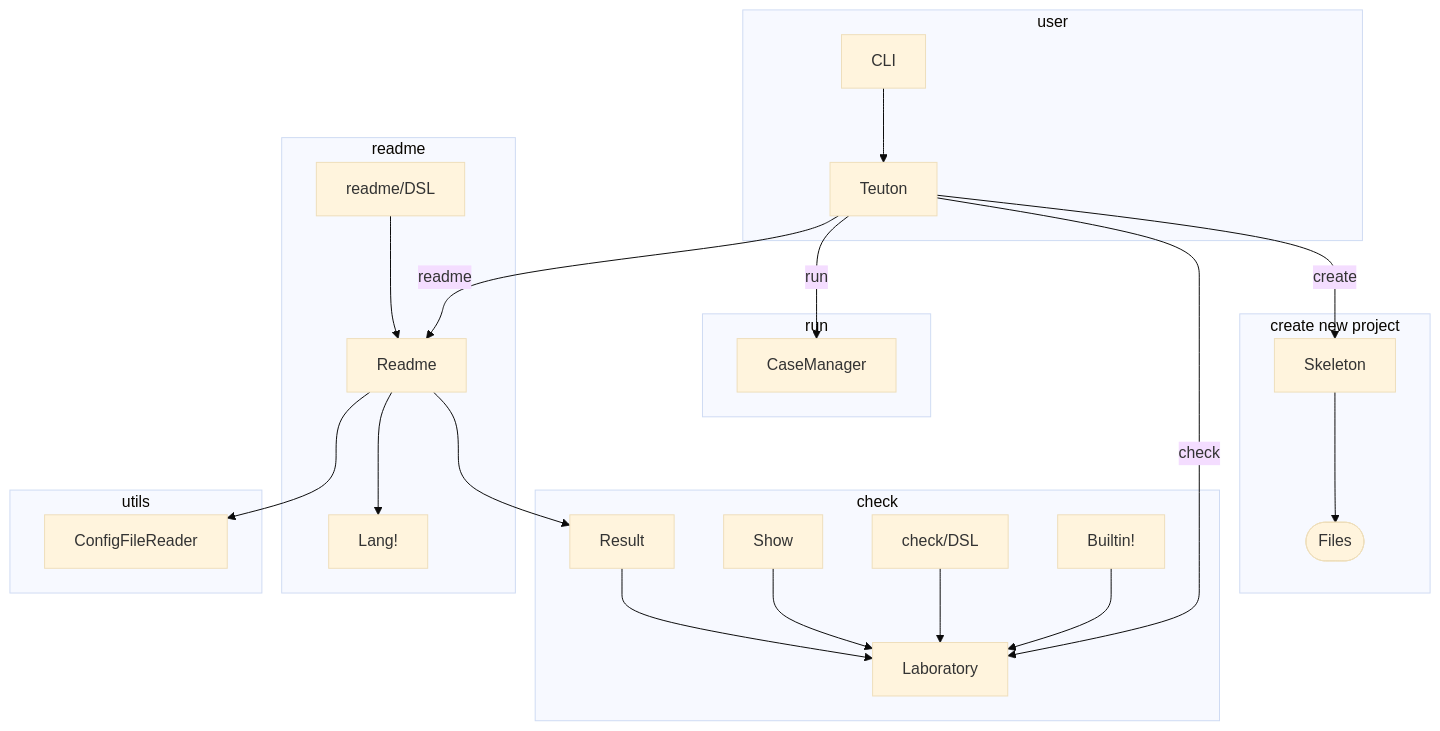
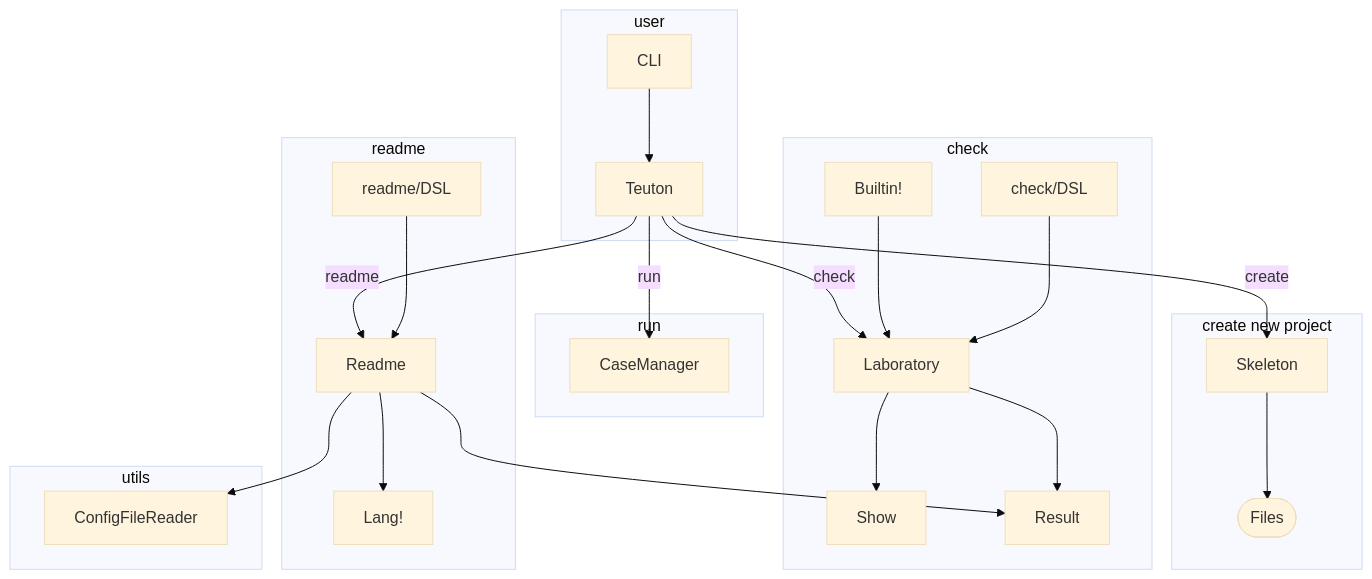
One commit to teuton-software/teuton changed the diagram in docs/diagram.md. Above: the diagram before and after it, drawn with Mermaid (base theme).

````diff
--- a/docs/diagram.md
+++ b/docs/diagram.md
@@ -5,37 +5,37 @@
 ```mermaid
 flowchart TB
 
 subgraph user
   CLI --> Teuton
 end
 
 subgraph "create new project"
   Teuton -- create --> Skeleton
   Skeleton --> Files([Files])
 end
 
 subgraph check
   Teuton -- check --> Laboratory
 
   Builtin! --> Laboratory
   check/DSL --> Laboratory
-  Show --> Laboratory  
-  Result --> Laboratory
+  Laboratory --> Show  
+  Laboratory --> Result
 end
 
 subgraph run
   Teuton -- run --> CaseManager
 end
 
 subgraph readme
   Teuton -- readme --> Readme
 
   readme/DSL --> Readme
   Readme --> Lang!  
 end
 
 subgraph utils
   Readme --> ConfigFileReader
   Readme --> Result
 end
 ```
````
